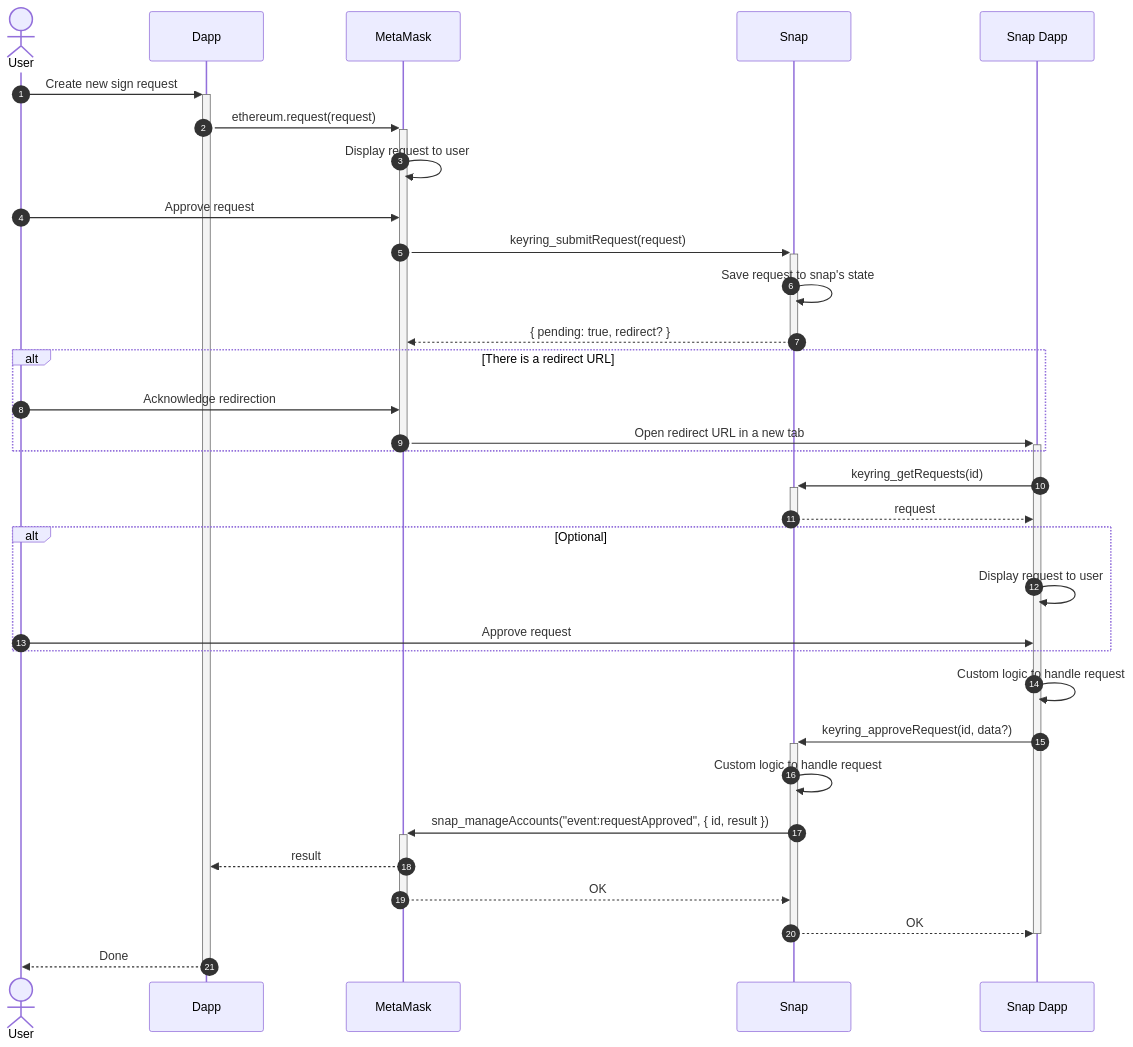
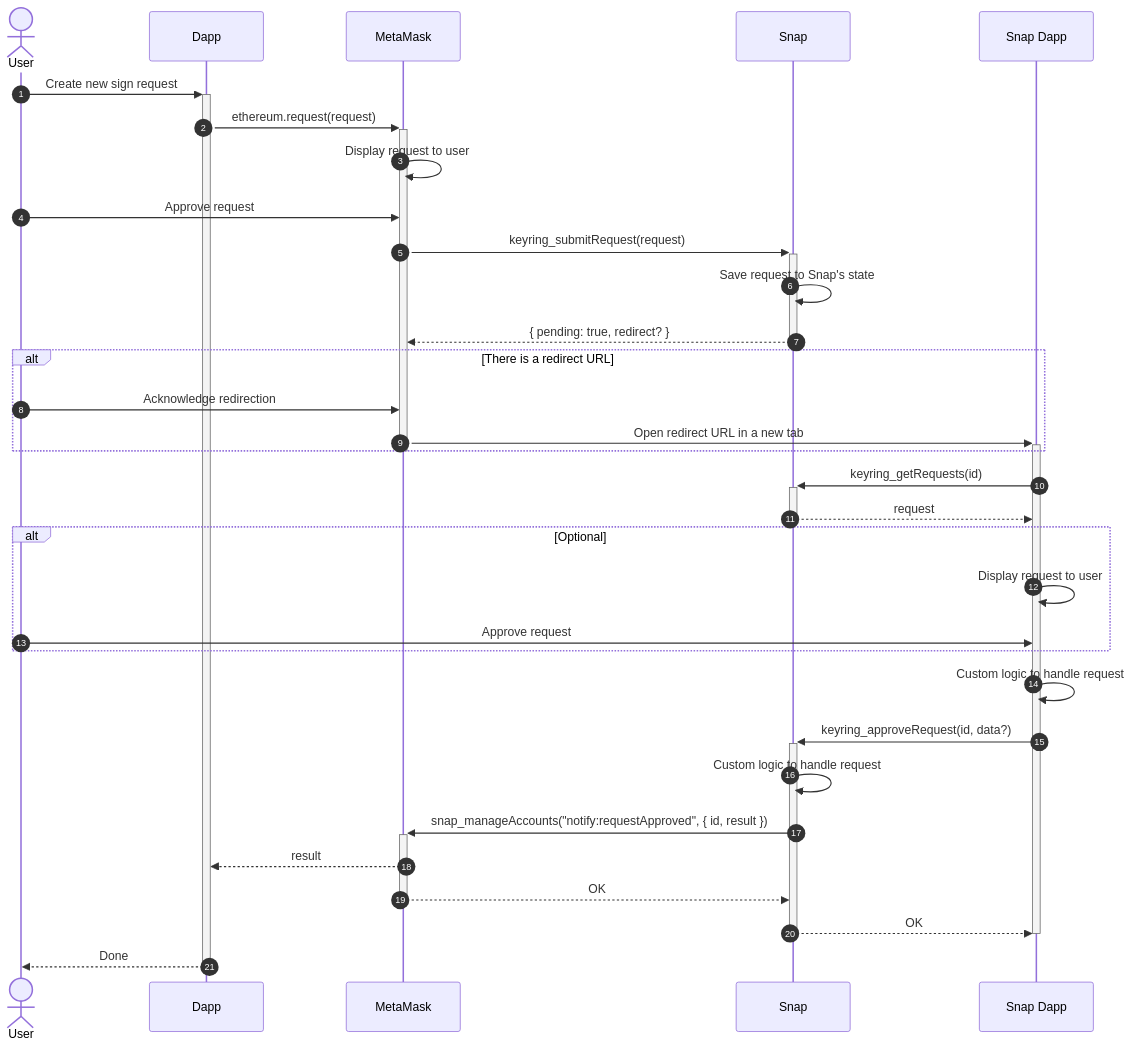
The third of 4 diagrams in docs/architecture.md (MetaMask/keyring-api), drawn with Mermaid before and after one commit. The commit also changed other lines of this file and 1 other file, not shown here.

````diff
--- a/docs/architecture.md
+++ b/docs/architecture.md
@@ -101,44 +101,44 @@
   ```mermaid
   sequenceDiagram
   autonumber
 
   actor User
   participant Dapp
   participant MetaMask
   participant Snap
   participant Site as Snap Dapp
 
   User ->>+ Dapp: Create new sign request
   Dapp ->>+ MetaMask: ethereum.request(request)
   MetaMask ->> MetaMask: Display request to user
   User ->> MetaMask: Approve request
 
   MetaMask ->>+ Snap: keyring_submitRequest(request)
-  Snap ->> Snap: Save request to snap's state
+  Snap ->> Snap: Save request to Snap's state
   Snap -->>- MetaMask: { pending: true, redirect? }
   alt There is a redirect URL
     User ->> MetaMask: Acknowledge redirection
     MetaMask ->>+ Site: Open redirect URL in a new tab
   end
   deactivate MetaMask
 
   Site ->>+ Snap: keyring_getRequests(id)
   Snap -->>- Site: request
 
   alt Optional
     Site ->> Site: Display request to user
     User ->> Site: Approve request
   end
 
   Site ->> Site: Custom logic to handle request
   Site ->>+ Snap: keyring_approveRequest(id, data?)
   Snap ->> Snap: Custom logic to handle request
-  Snap ->>+ MetaMask: snap_manageAccounts("event:requestApproved", { id, result })
+  Snap ->>+ MetaMask: snap_manageAccounts("notify:requestApproved", { id, result })
 
   MetaMask -->> Dapp: result
   MetaMask -->>- Snap: OK
   Snap -->>- Site: OK
   deactivate Site
 
   Dapp -->>- User: Done
   ```
````
